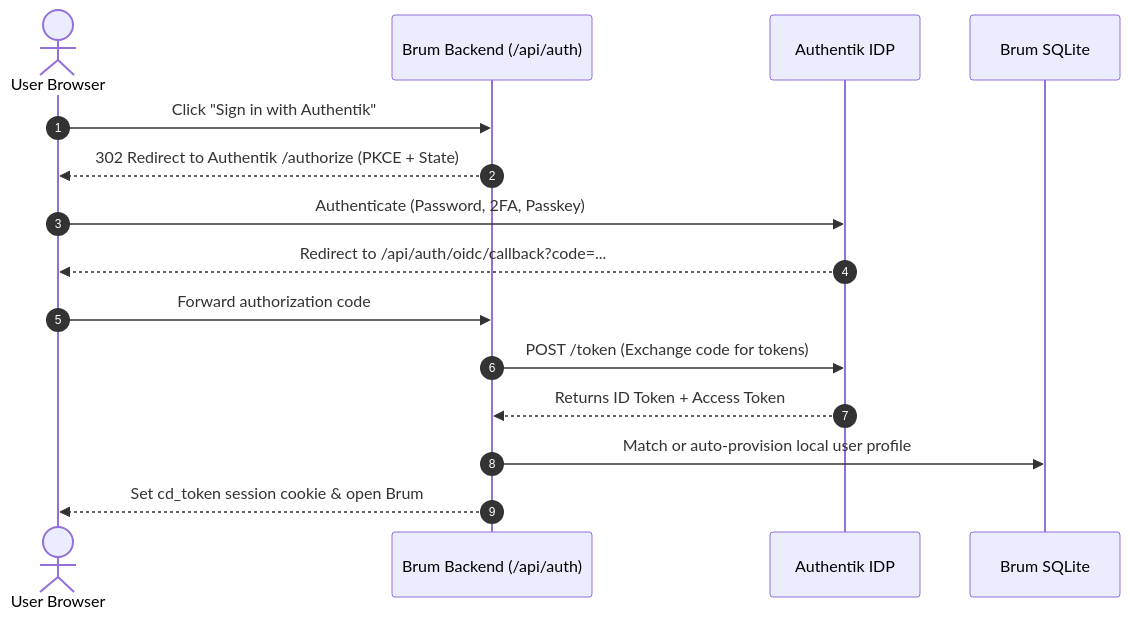
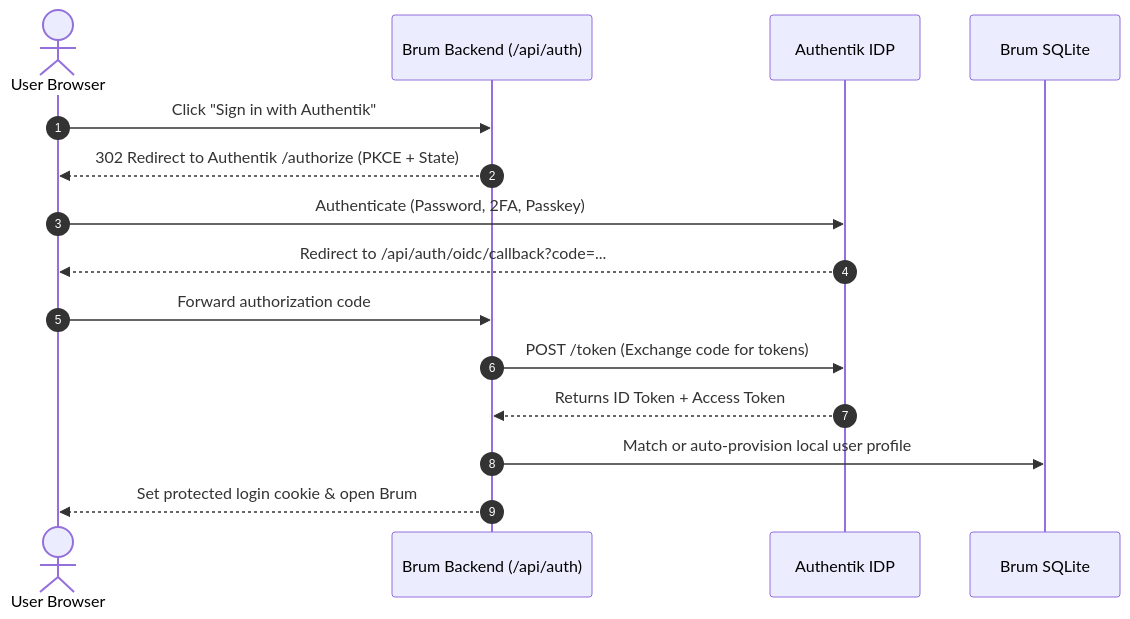
The diagram in manuals/authentik-sso.md (Woofson/brum), drawn with Mermaid before and after one commit. The commit also changed 9 other files, not shown here.

First line of the commit message:
feat(auth): keep the browser login only in an HttpOnly cookie

````diff
--- a/manuals/authentik-sso.md
+++ b/manuals/authentik-sso.md
@@ -11,18 +11,18 @@
 ```mermaid
 sequenceDiagram
     autonumber
     actor User as User Browser
     participant Brum as Brum Backend (/api/auth)
     participant Authentik as Authentik IDP
     participant DB as Brum SQLite
 
     User->>Brum: Click "Sign in with Authentik"
     Brum-->>User: 302 Redirect to Authentik /authorize (PKCE + State)
     User->>Authentik: Authenticate (Password, 2FA, Passkey)
     Authentik-->>User: Redirect to /api/auth/oidc/callback?code=...
     User->>Brum: Forward authorization code
     Brum->>Authentik: POST /token (Exchange code for tokens)
     Authentik-->>Brum: Returns ID Token + Access Token
     Brum->>DB: Match or auto-provision local user profile
-    Brum-->>User: Set cd_token session cookie & open Brum
+    Brum-->>User: Set protected login cookie & open Brum
 ```
````
